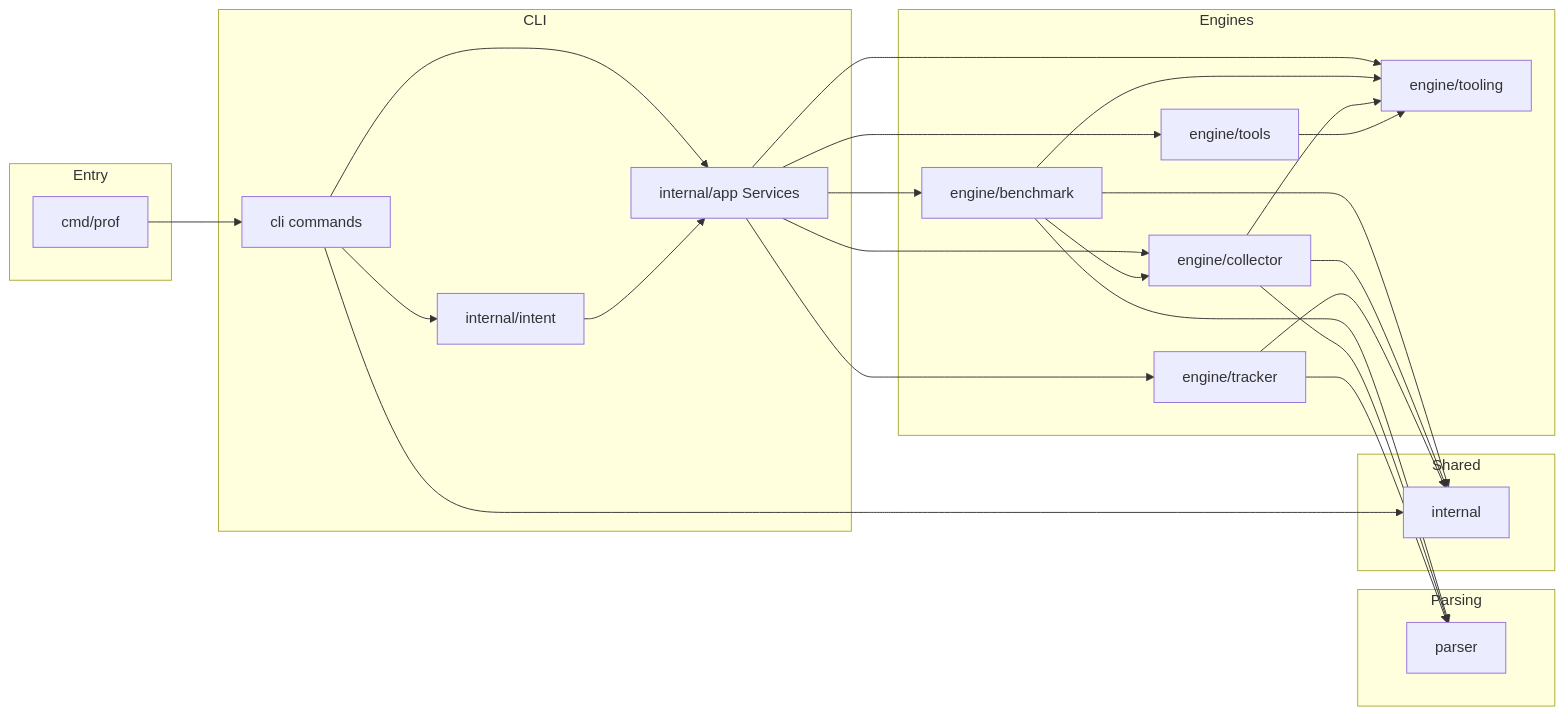
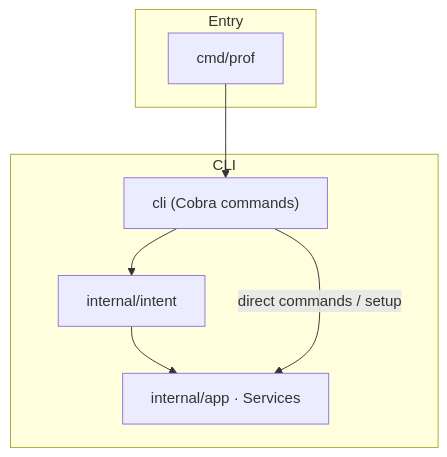
The first of 5 diagrams in CODEBASE_DESIGN.md (AlexsanderHamir/prof), drawn with Mermaid before and after one commit. The commit also changed other lines of this file, not shown here.

First line of the commit message:
docs: restructure CODEBASE_DESIGN for clarity and flow

````diff
--- a/CODEBASE_DESIGN.md
+++ b/CODEBASE_DESIGN.md
@@ -19,44 +30,15 @@
 ```mermaid
-flowchart LR
+flowchart TB
   subgraph entry [Entry]
-    cmd[cmd/prof]
+    cmd["cmd/prof"]
   end
   subgraph cli [CLI]
-    cobra[cli commands]
-    intentPkg[internal/intent]
-    app[internal/app Services]
-  end
-  subgraph engines [Engines]
-    bench[engine/benchmark]
-    coll[engine/collector]
-    track[engine/tracker]
-    tools[engine/tools]
-    ttool[engine/tooling]
-  end
-  subgraph parsing [Parsing]
-    parser[parser]
-  end
-  subgraph shared [Shared]
-    internalPkg[internal]
+    cobra["cli (Cobra commands)"]
+    intentPkg["internal/intent"]
+    app["internal/app · Services"]
   end
   cmd --> cobra
   cobra --> intentPkg
-  cobra --> app
   intentPkg --> app
-  app --> bench
-  app --> coll
-  app --> track
-  app --> tools
-  app --> ttool
-  bench --> ttool
-  coll --> ttool
-  tools --> ttool
-  bench --> coll
-  bench --> parser
-  coll --> parser
-  track --> parser
-  bench --> internalPkg
-  coll --> internalPkg
-  track --> internalPkg
-  cobra --> internalPkg
+  cobra -->|direct commands / setup| app
 ```
````
